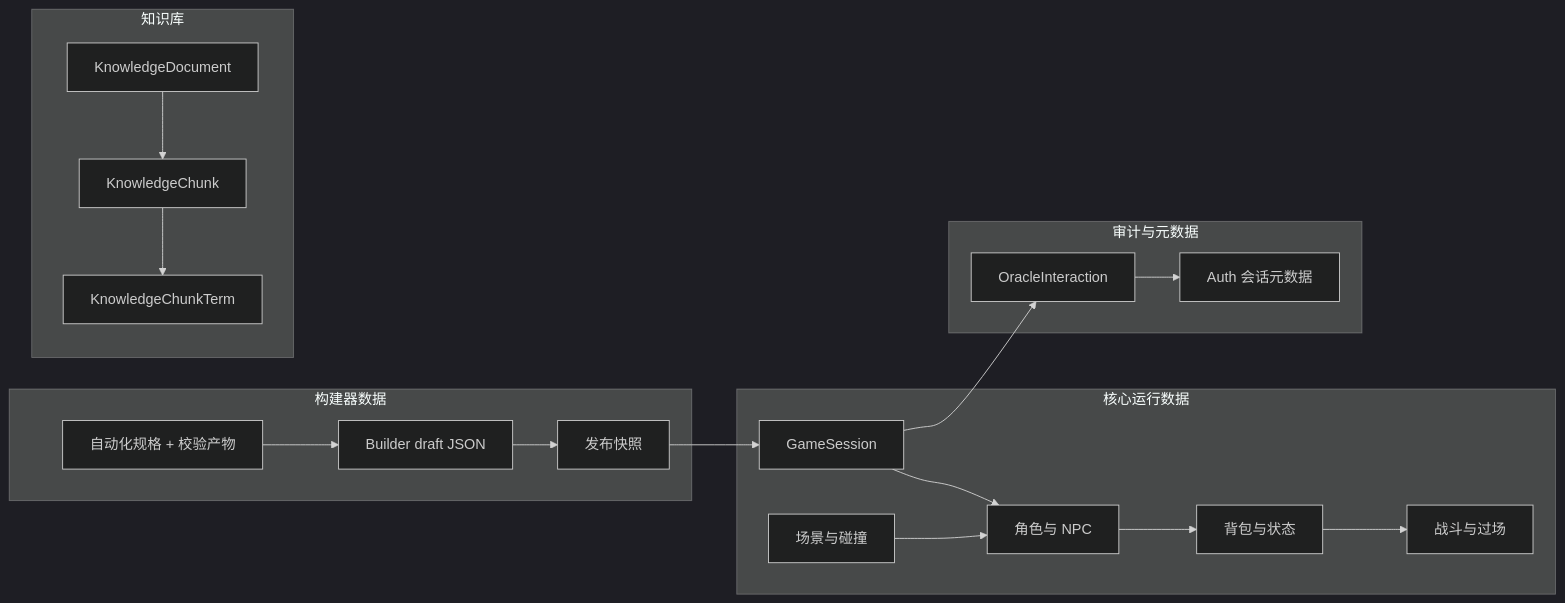
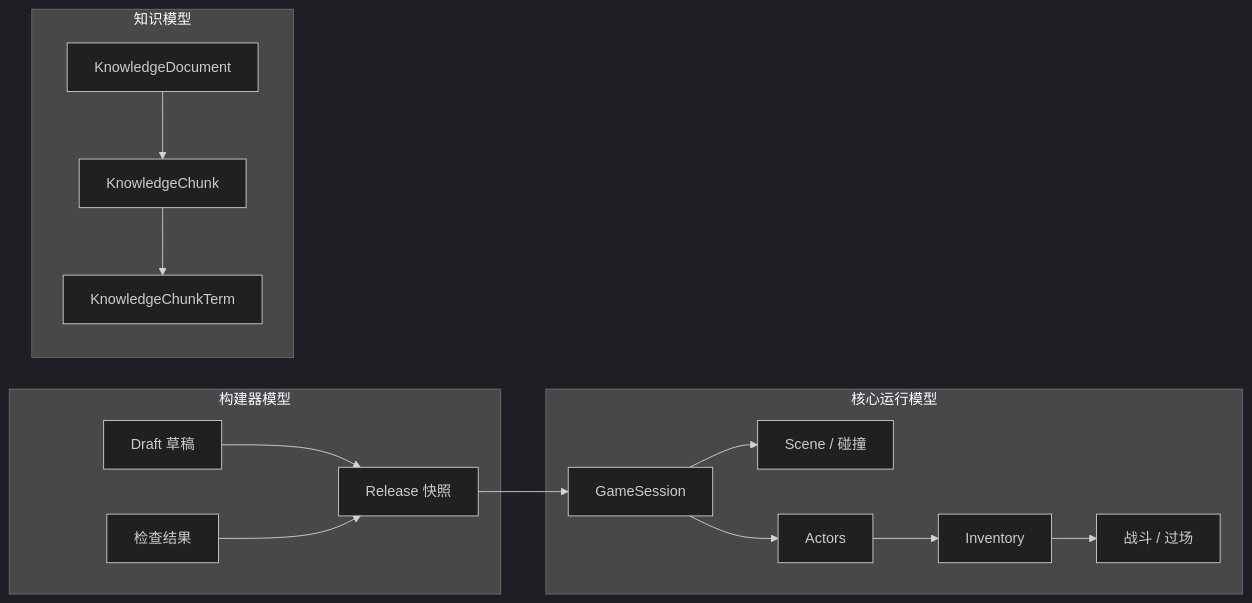
Before and after one commit to d4551/tea: the tenth of 10 diagrams in README.md, drawn with Mermaid (dark theme). The commit also changed other lines of this file and 2 other files, not shown here.

````diff
--- a/README.md
+++ b/README.md
@@ -513,36 +506,30 @@
 ```mermaid
 flowchart LR
-  subgraph CoreData["核心运行数据"]
-    GM["GameSession"]
-    AC["角色与 NPC"]
-    SC["场景与碰撞"]
-    INV["背包与状态"]
-    CT["战斗与过场"]
+  subgraph 核心运行模型["核心运行模型"]
+    GS["GameSession"]
+    SC["Scene / 碰撞"]
+    AC["Actors"]
+    IV["Inventory"]
+    BX["战斗 / 过场"]
   end
 
-  subgraph BuilderData["构建器数据"]
-    BD["Builder draft JSON"]
-    BR["发布快照"]
-    BI["自动化规格 + 校验产物"]
+  subgraph 构建模型["构建器模型"]
+    DR["Draft 草稿"]
+    RL["Release 快照"]
+    CH["检查结果"]
   end
 
-  subgraph KnowledgeData["知识库"]
+  subgraph 知识模型["知识模型"]
     KD["KnowledgeDocument"]
     KC["KnowledgeChunk"]
     KT["KnowledgeChunkTerm"]
   end
 
-  subgraph Meta["审计与元数据"]
-    OR["OracleInteraction"]
-    AU["Auth 会话元数据"]
-  end
-
-  BR --> GM
-  BD --> BR
-  BI --> BD
-  GM --> AC --> INV --> CT
-  SC --> AC
+  DR --> RL --> GS
+  CH --> RL
+  GS --> SC
+  GS --> AC
+  AC --> IV
+  IV --> BX
   KD --> KC --> KT
-  GM --> OR
-  OR --> AU
 ```
````
